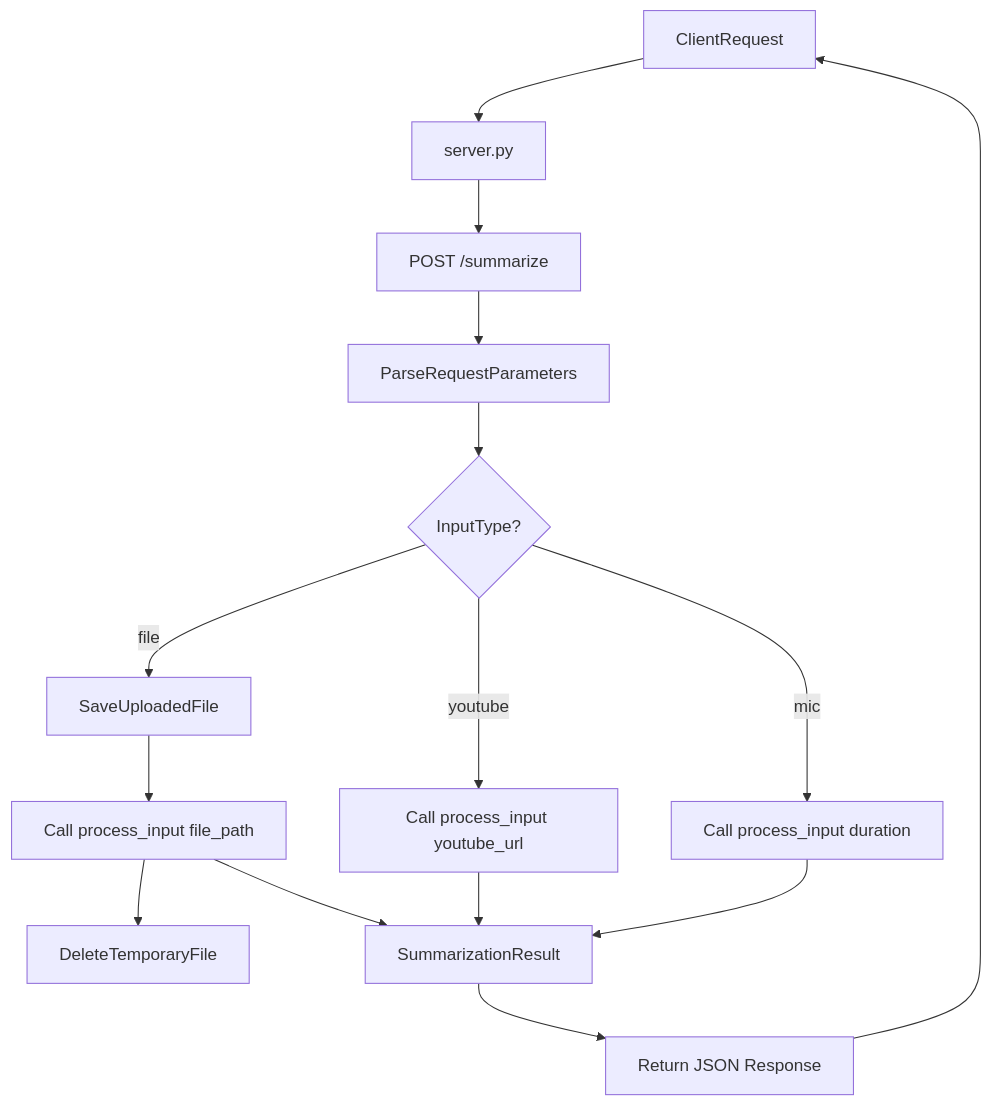
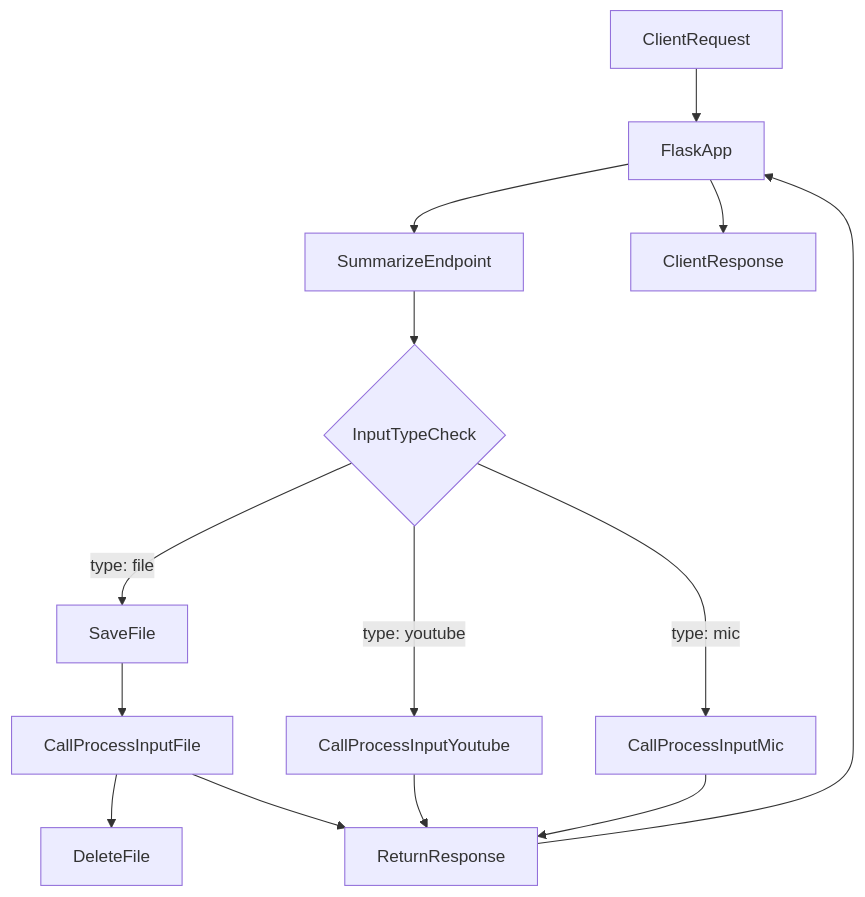
The diagram in docs/server.py.md (test-company-prowiz/Note-Summerizer), drawn with Mermaid before and after one commit. The commit also changed other lines of this file, not shown here.

Commit message:
docs: auto-generated documentation for docs/server.py.md

````diff
--- a/docs/server.py.md
+++ b/docs/server.py.md
@@ -49,21 +49,16 @@
 ```mermaid
 graph TD
-ClientRequest[ClientRequest] --> ServerPython[server.py]
-ServerPython --> SummarizeEndpoint[POST /summarize]
-SummarizeEndpoint --> ParseRequest[ParseRequestParameters]
-ParseRequest --> InputTypeBranch{InputType?}
-
-InputTypeBranch --> |file| SaveFile[SaveUploadedFile]
-SaveFile --> CallProcessInputFile[Call process_input file_path]
-CallProcessInputFile --> DeleteFile[DeleteTemporaryFile]
-
-InputTypeBranch --> |youtube| CallProcessInputYouTube[Call process_input youtube_url]
-InputTypeBranch --> |mic| CallProcessInputMic[Call process_input duration]
-
-CallProcessInputFile --> SummarizationResult[SummarizationResult]
-CallProcessInputYouTube --> SummarizationResult
-CallProcessInputMic --> SummarizationResult
-
-SummarizationResult --> JSONResponse[Return JSON Response]
-JSONResponse --> ClientRequest
+A[ClientRequest] --> B[FlaskApp]
+B --> C[SummarizeEndpoint]
+C --> D{InputTypeCheck}
+D -- "type: file" --> E[SaveFile]
+E --> F[CallProcessInputFile]
+F --> G[DeleteFile]
+D -- "type: youtube" --> H[CallProcessInputYoutube]
+D -- "type: mic" --> I[CallProcessInputMic]
+F --> J[ReturnResponse]
+H --> J
+I --> J
+J --> B
+B --> K[ClientResponse]
 ```
````
